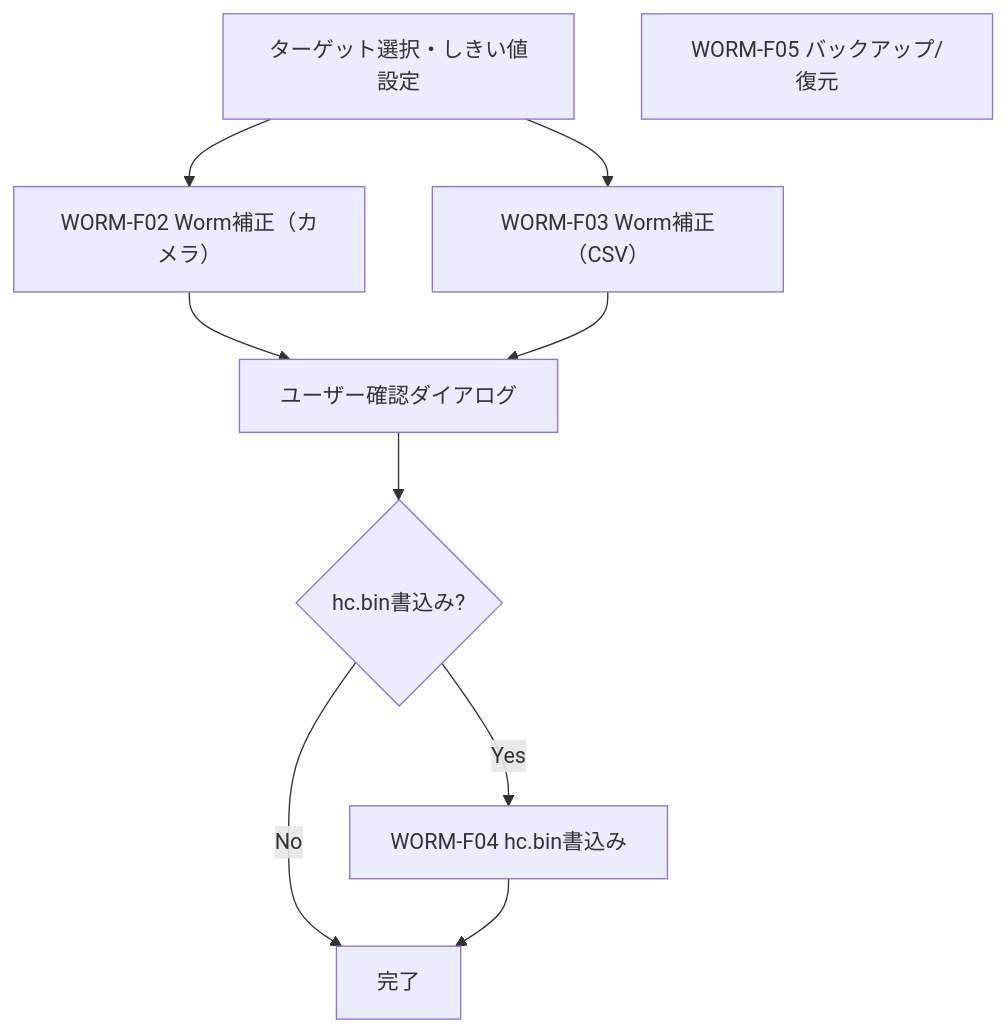
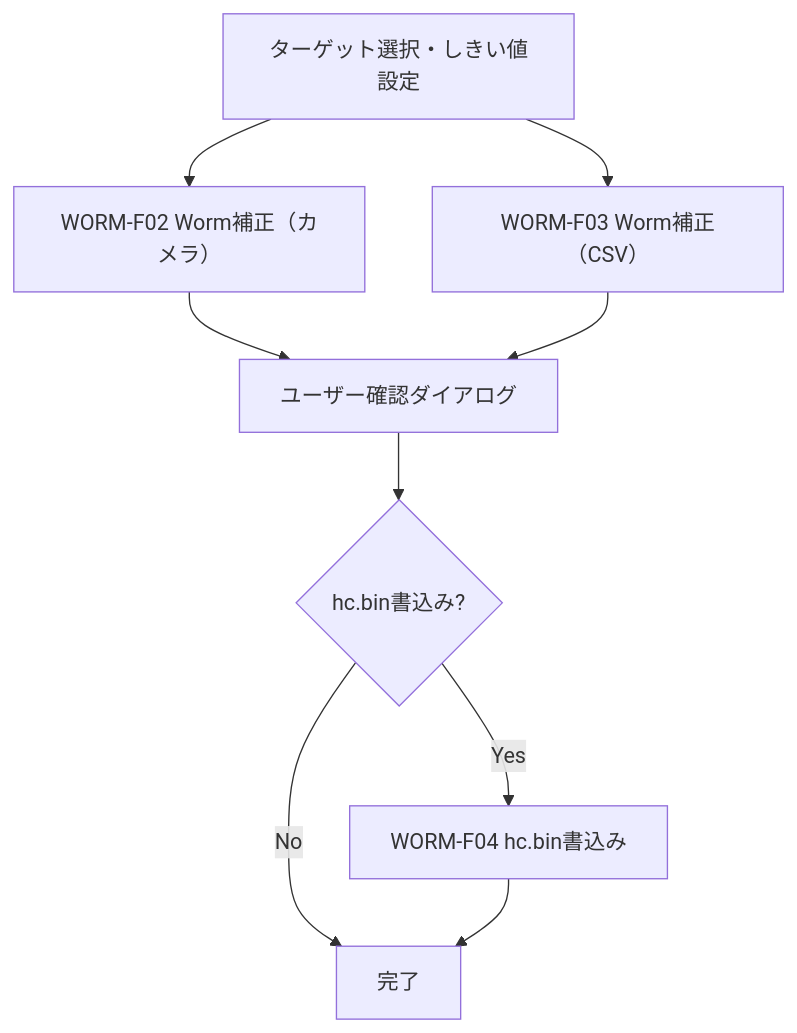
The third of 7 diagrams in docs/02-03.WormFix/WormFix_基本設計書.md (HottaTakayuki/ColorAlignmentSoftware), drawn with Mermaid before and after one commit. The commit also changed other lines of this file and 8 other files, not shown here.

````diff
--- a/docs/02-03.WormFix/WormFix_基本設計書.md
+++ b/docs/02-03.WormFix/WormFix_基本設計書.md
@@ -116,12 +102,11 @@
 ```mermaid
 flowchart TD
     S0[ターゲット選択・しきい値設定] --> S1[WORM-F02 Worm補正（カメラ）]
     S0 --> S2[WORM-F03 Worm補正（CSV）]
     S1 --> S3[ユーザー確認ダイアログ]
     S2 --> S3
     S3 --> S4{hc.bin書込み?}
     S4 -->|Yes| S5[WORM-F04 hc.bin書込み]
     S4 -->|No| S6[完了]
     S5 --> S6
-    S7[WORM-F05 バックアップ/復元]
 ```
````
